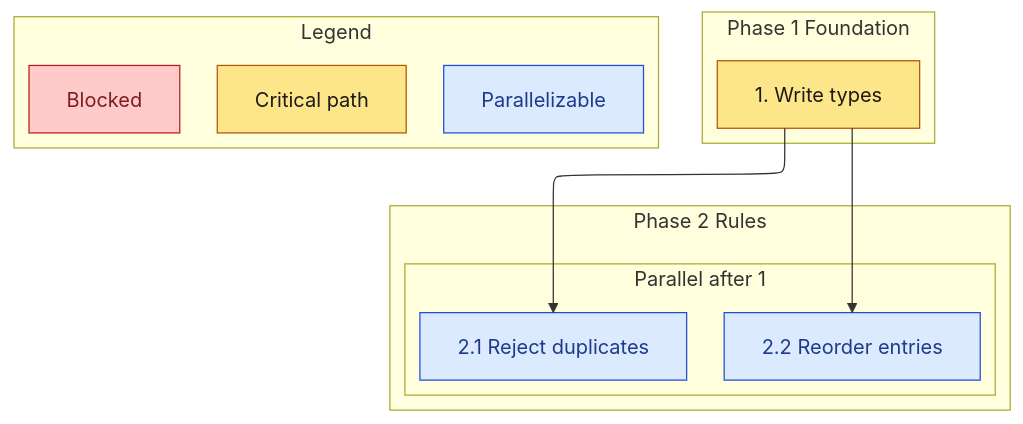
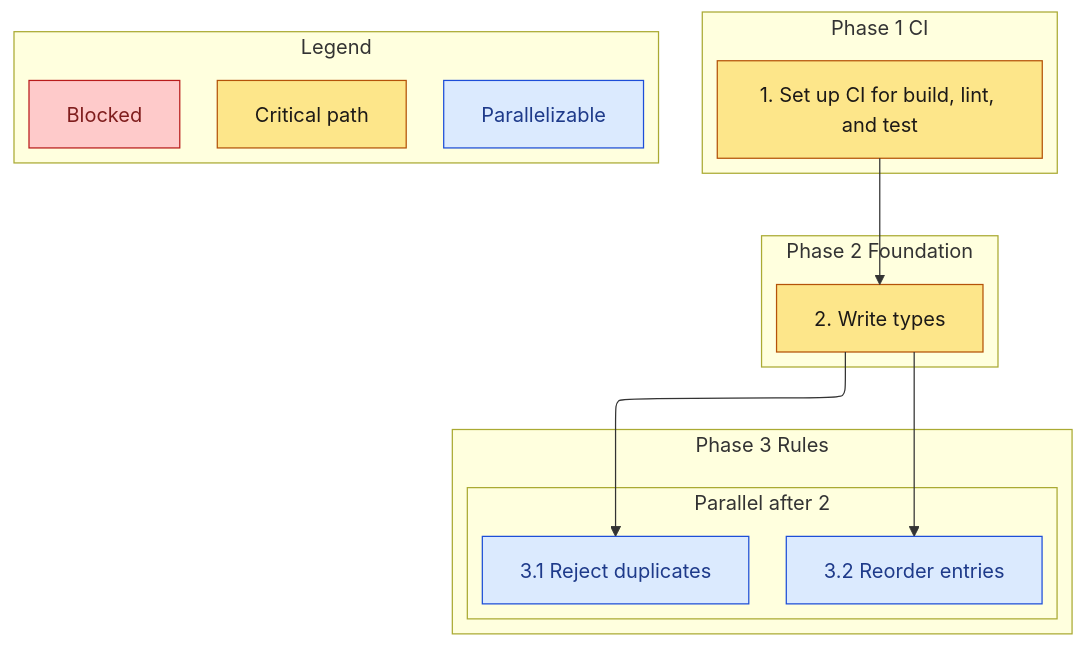
The diagram in skills/kiro-tasks/references/dag.md (sohampatwardhan/kiro-sdd-skills), drawn with Mermaid before and after one commit. The commit also changed other lines of this file and 3 other files, not shown here.

````diff
--- a/skills/kiro-tasks/references/dag.md
+++ b/skills/kiro-tasks/references/dag.md
@@ -7,31 +7,35 @@
 ```mermaid
 ---
 config:
   layout: elk
 ---
 flowchart TB
-  subgraph phase1 [Phase 1 Foundation]
-    t1["1. Write types"]
+  subgraph phase1 [Phase 1 CI]
+    t1["1. Set up CI for build, lint, and test"]
   end
-  subgraph phase2 [Phase 2 Rules]
-    subgraph parallel2 [Parallel after 1]
-      t21["2.1 Reject duplicates"]
-      t22["2.2 Reorder entries"]
+  subgraph phase2 [Phase 2 Foundation]
+    t2["2. Write types"]
+  end
+  subgraph phase3 [Phase 3 Rules]
+    subgraph parallel3 [Parallel after 2]
+      t31["3.1 Reject duplicates"]
+      t32["3.2 Reorder entries"]
     end
   end
   subgraph legend [Legend]
     legCrit["Critical path"]
     legPar["Parallelizable"]
     legBlock["Blocked"]
   end
-  t1 --> t21
-  t1 --> t22
+  t1 --> t2
+  t2 --> t31
+  t2 --> t32
   classDef critical fill:#fde68a,stroke:#b45309,color:#1c1917
   classDef parallel fill:#dbeafe,stroke:#1d4ed8,color:#1e3a8a
   classDef blocked fill:#fecaca,stroke:#b91c1c,color:#7f1d1d
-  class t1 critical
-  class t21,t22 parallel
+  class t1,t2 critical
+  class t31,t32 parallel
   class legCrit critical
   class legPar parallel
   class legBlock blocked
 ```
````
